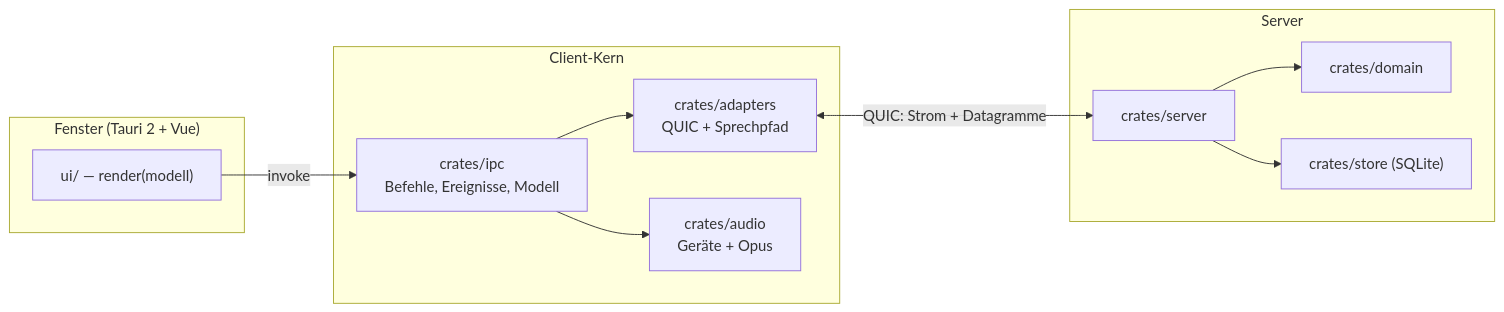
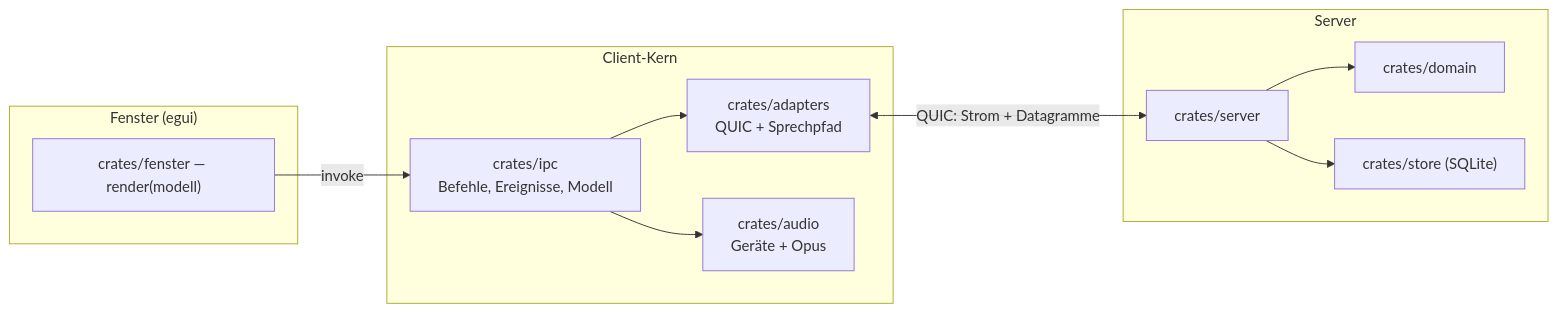
The diagram in docs/ENTWURF.md (patimweb-labs/sprechwerk), drawn with Mermaid before and after one commit. The commit also changed other lines of this file and 41 other files, not shown here.

````diff
--- a/docs/ENTWURF.md
+++ b/docs/ENTWURF.md
@@ -35,23 +38,23 @@
 ```mermaid
 flowchart LR
-    subgraph Fenster["Fenster (Tauri 2 + Vue)"]
-        UI["ui/ — render(modell)"]
+    subgraph Fenster["Fenster (egui)"]
+        UI["crates/fenster — render(modell)"]
     end
     subgraph Kern["Client-Kern"]
         IPC["crates/ipc<br/>Befehle, Ereignisse, Modell"]
         AD["crates/adapters<br/>QUIC + Sprechpfad"]
         AU["crates/audio<br/>Geräte + Opus"]
     end
     subgraph Server["Server"]
         SRV["crates/server"]
         DOM["crates/domain"]
         ST["crates/store (SQLite)"]
     end
 
     UI -->|invoke| IPC
     IPC --> AD
     IPC --> AU
     AD <-->|QUIC: Strom + Datagramme| SRV
     SRV --> DOM
     SRV --> ST
 ```
````
